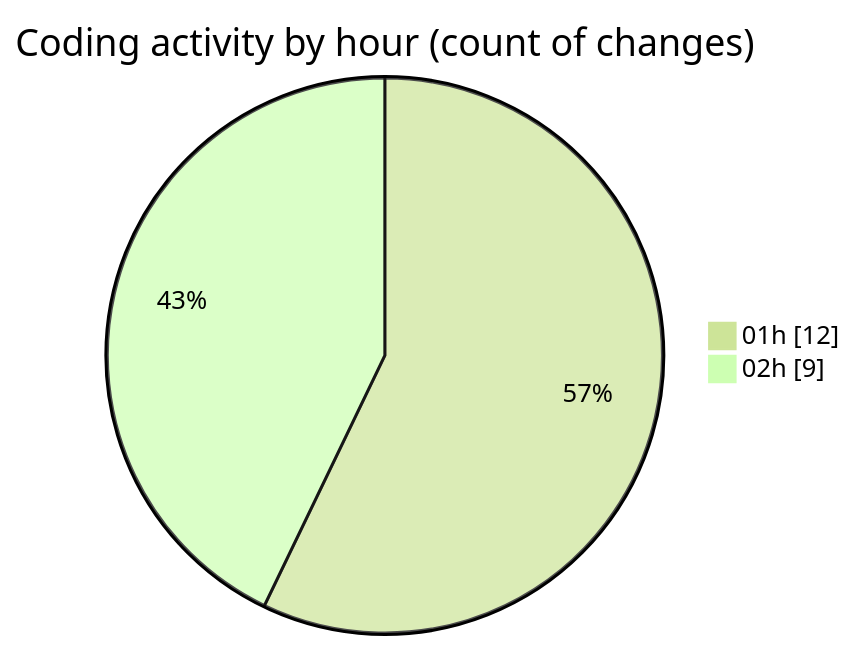
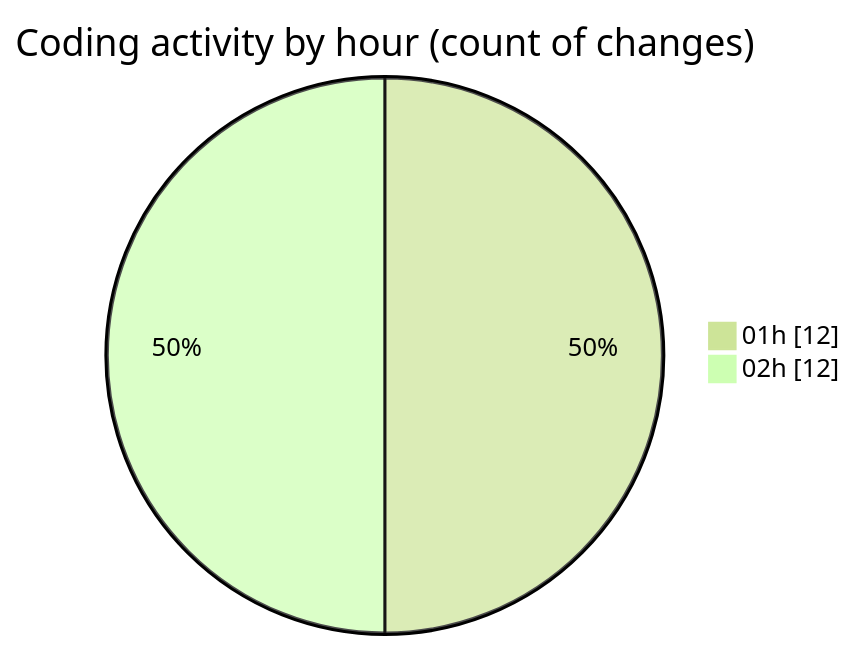
One commit to julien-gomy/code-tracking changed the second of 2 diagrams in 2025-11-16/eventscop-frontend-guide__workspace_/README.md. Above: the diagram before and after it, drawn with Mermaid (forest theme). The commit also changed other lines of this file and 1 other file, not shown here.

````diff
--- a/2025-11-16/eventscop-frontend-guide__workspace_/README.md
+++ b/2025-11-16/eventscop-frontend-guide__workspace_/README.md
@@ -36,6 +36,6 @@
 ```mermaid
 pie showData
 title Coding activity by hour (count of changes)
 "01h" : 12
-"02h" : 9
+"02h" : 12
 ```
````
